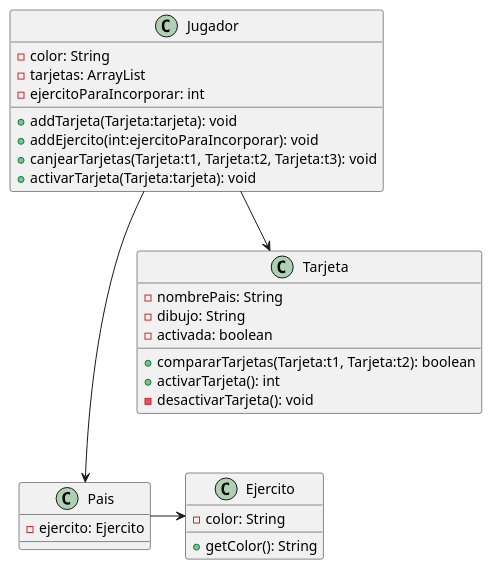
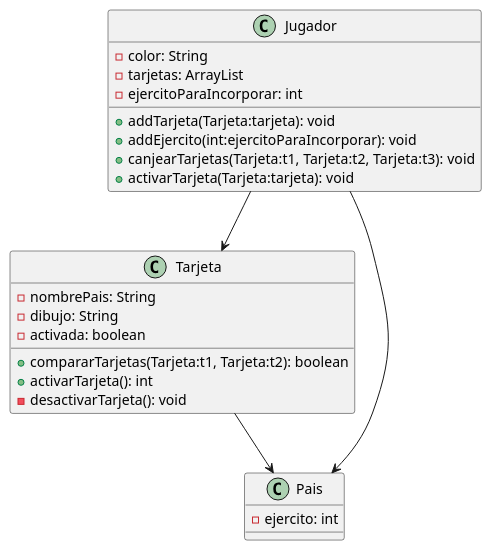
Before and after one commit to tomasshiao/TP2_Algo3: the diagram in diagramas/diagramaClaseTarjeta.puml, drawn with PlantUML. The commit also changed 2 other files, not shown here.

Commit message:
cambios solo diagrama

```diff
--- a/diagramas/diagramaClaseTarjeta.puml
+++ b/diagramas/diagramaClaseTarjeta.puml
@@ -1,40 +1,37 @@
 @startuml
 'https://plantuml.com/class-diagram
 
 class Tarjeta{
     -nombrePais: String
     -dibujo: String
     -activada: boolean
 
     +compararTarjetas(Tarjeta:t1, Tarjeta:t2): boolean
     +activarTarjeta(): int
     -desactivarTarjeta(): void
 }
 
 
 class Jugador{
     -color: String
     -tarjetas: ArrayList
     -ejercitoParaIncorporar: int
 
     + addTarjeta(Tarjeta:tarjeta): void
     + addEjercito(int:ejercitoParaIncorporar): void
     + canjearTarjetas(Tarjeta:t1, Tarjeta:t2, Tarjeta:t3): void
     + activarTarjeta(Tarjeta:tarjeta): void
 }
 
 
 class Pais{
-    -ejercito: Ejercito
+    -ejercito: int
 }
-class Ejercito{
-    -color: String
 
-    +getColor(): String
-}
 
 Jugador-->Tarjeta
 Jugador--->Pais
-Pais->Ejercito
+Tarjeta --> Pais
+
 
 @enduml
```
